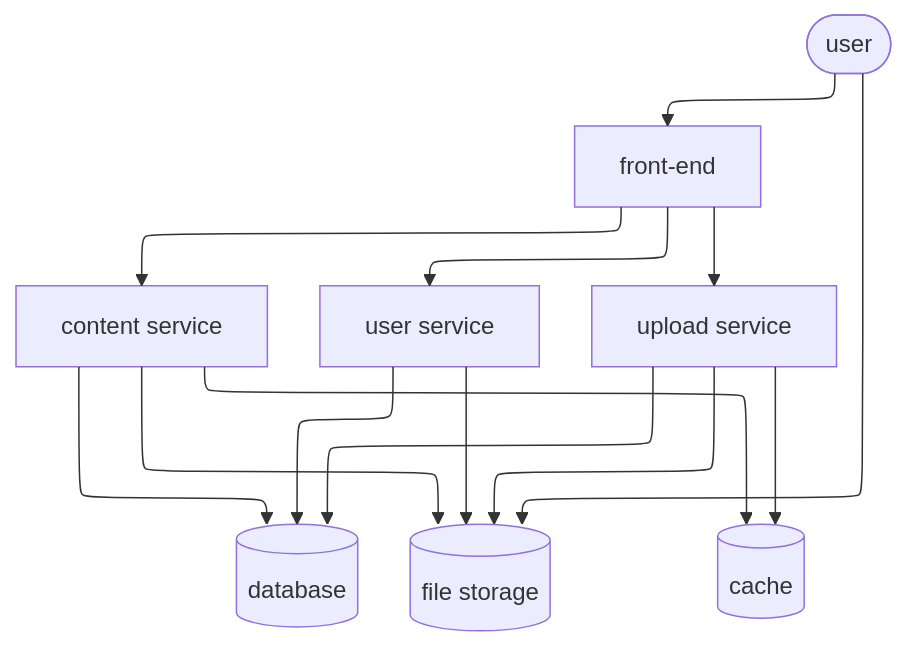
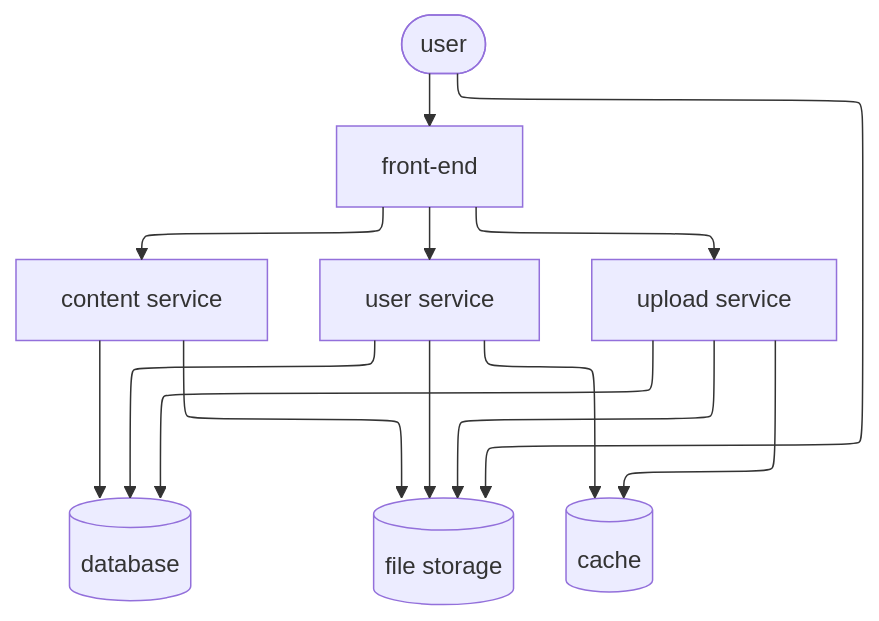
Before and after one commit to aGHz/wealltube-web: the diagram in README.md, drawn with Mermaid.

Commit message:
Fix diagram to connect the user service with the cache

````diff
--- a/README.md
+++ b/README.md
@@ -52,30 +52,30 @@
 ```mermaid
 %%{init: {"flowchart": {"defaultRenderer": "elk"}} }%%
 graph TD
     user([user])
     spa[front-end]
     content-svc[content service]
     user-svc[user service]
     upload-svc[upload service]
     db[(database)]
     storage[(file storage)]
     cache[(cache)]
 
     user --> spa
 
     spa --> content-svc
     spa --> user-svc
     spa --> upload-svc
 
     user --> storage
     content-svc --> storage
     upload-svc --> storage
 	user-svc --> storage
 
     content-svc --> db
     upload-svc --> db
     user-svc --> db
 
-    content-svc --> cache
+    user-svc --> cache
     upload-svc --> cache
 ```
````
